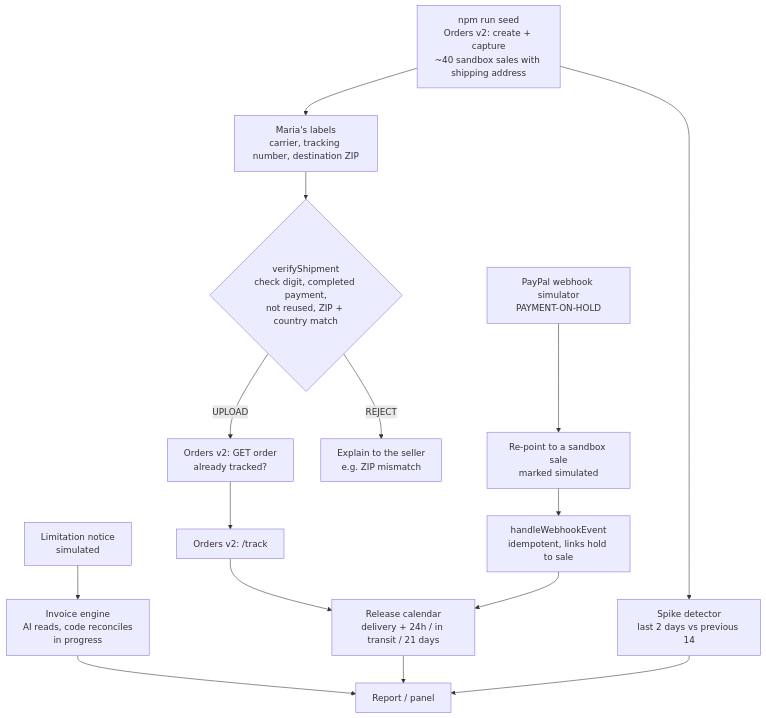
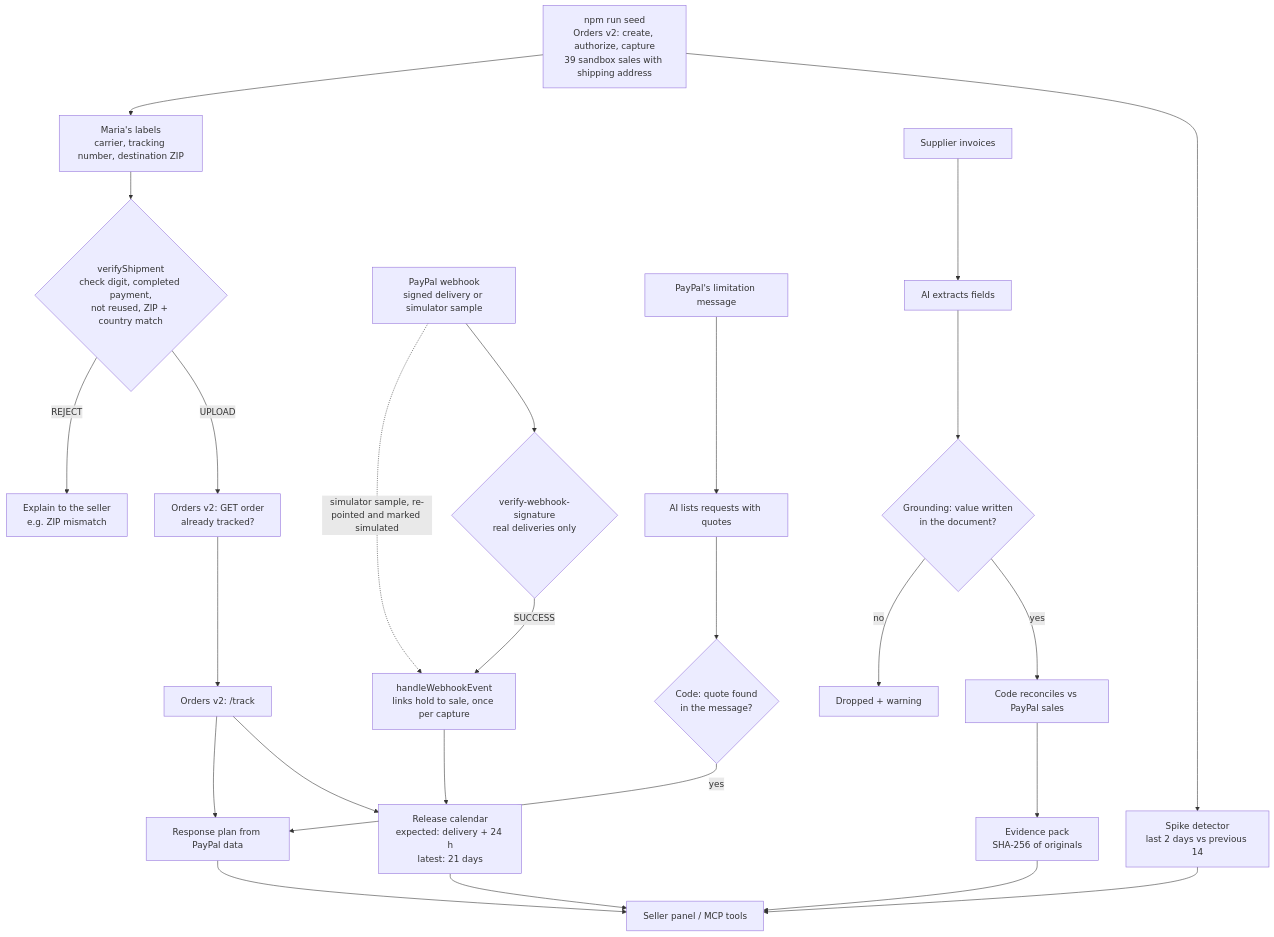
One commit to rosvjames/spikeready changed the diagram in docs/architecture.md. Above: the diagram before and after it, drawn with Mermaid. The commit also changed other lines of this file and 41 other files, not shown here.

````diff
--- a/docs/architecture.md
+++ b/docs/architecture.md
@@ -31,16 +32,23 @@
 ```mermaid
 flowchart TD
-  A[npm run seed<br/>Orders v2: create + capture<br/>~40 sandbox sales with shipping address] --> B[Spike detector<br/>last 2 days vs previous 14]
+  A[npm run seed<br/>Orders v2: create, authorize, capture<br/>39 sandbox sales with shipping address] --> B[Spike detector<br/>last 2 days vs previous 14]
   A --> C[Maria's labels<br/>carrier, tracking number, destination ZIP]
   C --> D{verifyShipment<br/>check digit, completed payment,<br/>not reused, ZIP + country match}
   D -- UPLOAD --> E[Orders v2: GET order<br/>already tracked?] --> F[Orders v2: /track]
   D -- REJECT --> G[Explain to the seller<br/>e.g. ZIP mismatch]
-  H[PayPal webhook simulator<br/>PAYMENT-ON-HOLD] --> I[Re-point to a sandbox sale<br/>marked simulated]
-  I --> J[handleWebhookEvent<br/>idempotent, links hold to sale]
-  J --> K[Release calendar<br/>delivery + 24h / in transit / 21 days]
+  H[PayPal webhook<br/>signed delivery or simulator sample] --> V{verify-webhook-signature<br/>real deliveries only}
+  V -- SUCCESS --> J[handleWebhookEvent<br/>links hold to sale, once per capture]
+  H -. simulator sample, re-pointed and marked simulated .-> J
+  J --> K[Release calendar<br/>expected: delivery + 24 h<br/>latest: 21 days]
   F --> K
-  B --> L[Report / panel]
+  N[PayPal's limitation message] --> O[AI lists requests with quotes] --> P{Code: quote found<br/>in the message?}
+  P -- yes --> Q[Response plan from PayPal data]
+  R[Supplier invoices] --> S[AI extracts fields] --> T{Grounding: value written<br/>in the document?}
+  T -- yes --> U[Code reconciles vs PayPal sales] --> W[Evidence pack<br/>SHA-256 of originals]
+  T -- no --> X[Dropped + warning]
+  B --> L[Seller panel / MCP tools]
   K --> L
-  M[Limitation notice<br/>simulated] --> N[Invoice engine<br/>AI reads, code reconciles<br/>in progress]
-  N --> L
+  Q --> L
+  W --> L
+  F --> Q
 ```
````
